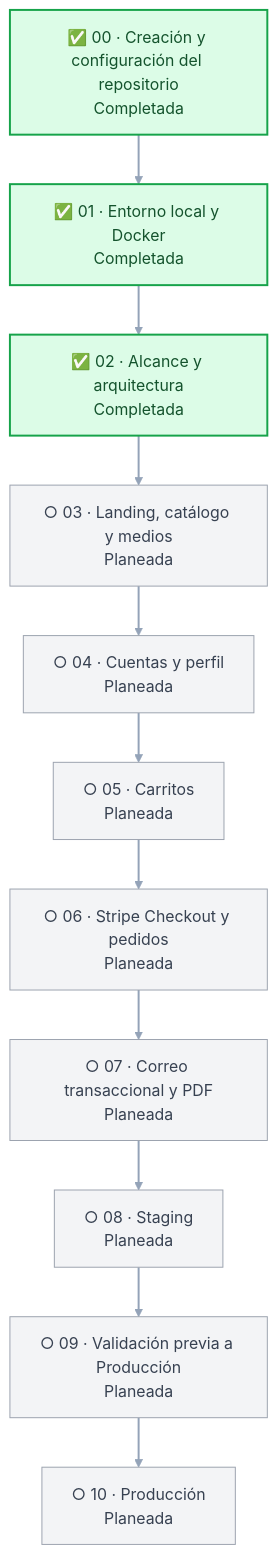
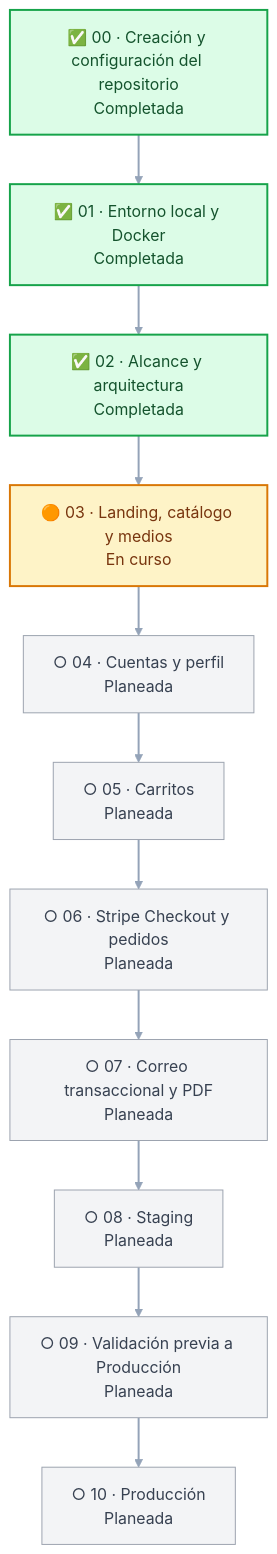
The diagram in docs/ROADMAP.md (sadamlg/sr_del_mictlan), drawn with Mermaid before and after one commit. The commit also changed other lines of this file and 3 other files, not shown here.

````diff
--- a/docs/ROADMAP.md
+++ b/docs/ROADMAP.md
@@ -23,22 +23,23 @@
 ```mermaid
 flowchart TB
     p00["✅ 00 · Creación y configuración del repositorio<br/>Completada"] --> p01
     p01["✅ 01 · Entorno local y Docker<br/>Completada"] --> p02["✅ 02 · Alcance y arquitectura<br/>Completada"]
-    p02 --> p03["○ 03 · Landing, catálogo y medios<br/>Planeada"]
+    p02 --> p03["🟠 03 · Landing, catálogo y medios<br/>En curso"]
     p03 --> p04["○ 04 · Cuentas y perfil<br/>Planeada"]
     p04 --> p05["○ 05 · Carritos<br/>Planeada"]
     p05 --> p06["○ 06 · Stripe Checkout y pedidos<br/>Planeada"]
     p06 --> p07["○ 07 · Correo transaccional y PDF<br/>Planeada"]
     p07 --> p08["○ 08 · Staging<br/>Planeada"]
     p08 --> p09["○ 09 · Validación previa a Producción<br/>Planeada"]
     p09 --> p10["○ 10 · Producción<br/>Planeada"]
 
     classDef completed fill:#dcfce7,stroke:#16a34a,color:#14532d,stroke-width:2px;
     classDef active fill:#fef3c7,stroke:#d97706,color:#78350f,stroke-width:2px;
     classDef planned fill:#f3f4f6,stroke:#9ca3af,color:#374151;
 
     class p00,p01,p02 completed;
-    class p03,p04,p05,p06,p07,p08,p09,p10 planned;
+    class p03 active;
+    class p04,p05,p06,p07,p08,p09,p10 planned;
 
     linkStyle default stroke:#94a3b8,stroke-width:2px;
 ```
````
